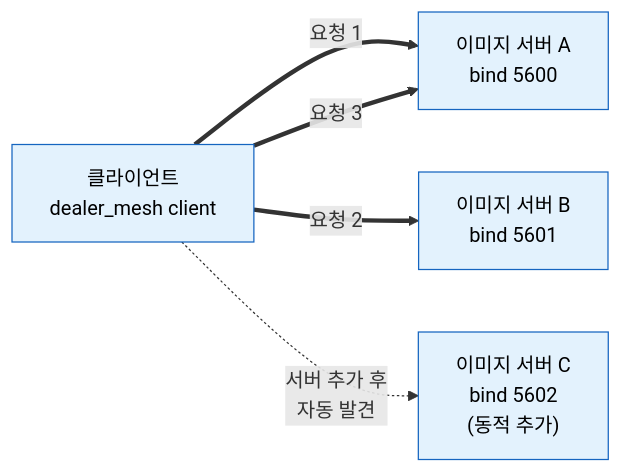
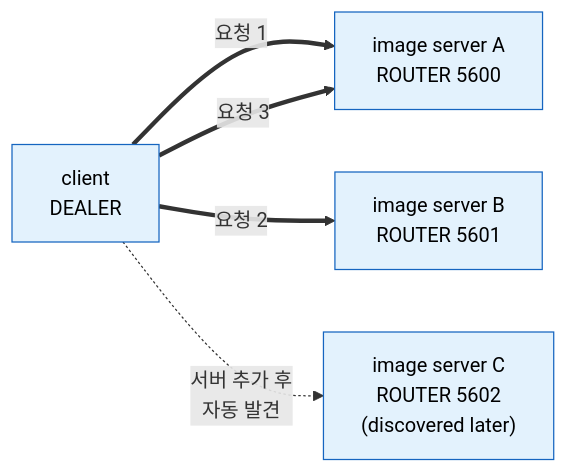
The third of 4 diagrams in framework/doc/framework/cpp/guide/07-channel-messaging.ko.md (kairos-code-dev/zlink), drawn with Mermaid before and after one commit. The commit also changed other lines of this file and 410 other files, not shown here.

````diff
--- a/framework/doc/framework/cpp/guide/07-channel-messaging.ko.md
+++ b/framework/doc/framework/cpp/guide/07-channel-messaging.ko.md
@@ -258,14 +258,14 @@
 ```mermaid
 flowchart LR
-    C["클라이언트<br/>dealer_mesh client"]:::channel
-    S1["이미지 서버 A<br/>bind 5600"]:::channel
-    S2["이미지 서버 B<br/>bind 5601"]:::channel
-    S3["이미지 서버 C<br/>bind 5602<br/>(동적 추가)"]:::channel
+    C["client<br/>DEALER"]:::channel
+    S1["image server A<br/>ROUTER 5600"]:::channel
+    S2["image server B<br/>ROUTER 5601"]:::channel
+    S3["image server C<br/>ROUTER 5602<br/>(discovered later)"]:::channel
 
     C == "요청 1" ==> S1
     C == "요청 2" ==> S2
     C == "요청 3" ==> S1
     C -. "서버 추가 후<br/>자동 발견" .-> S3
 
     classDef channel fill:#e3f2fd,stroke:#1565c0,color:#000000
 ```
````
